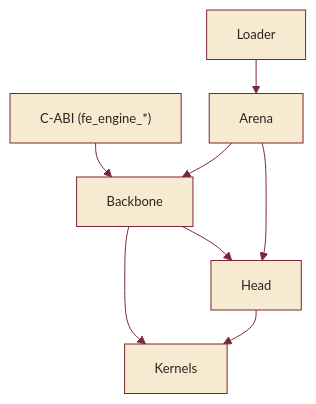
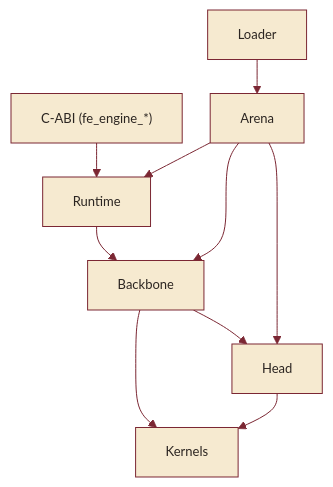
Before and after one commit to elprofesoriqo/FlowEdge: the first of 3 diagrams in docs/architecture/overview.md, drawn with Mermaid. The commit also changed other lines of this file and 10 other files, not shown here.

````diff
--- a/docs/architecture/overview.md
+++ b/docs/architecture/overview.md
@@ -7,12 +7,14 @@
 ```{mermaid}
 %%{init: {'theme':'base','flowchart':{'htmlLabels':false,'nodeSpacing':28,'rankSpacing':34,'useMaxWidth':false},'themeVariables':{'primaryColor':'#f6ead0','primaryBorderColor':'#7b2733','lineColor':'#7b2733','primaryTextColor':'#2b2521','secondaryColor':'#eaddbf','tertiaryColor':'#faf3e2','fontFamily':'system-ui, -apple-system, Segoe UI, Roboto, sans-serif','fontSize':'13px'}}}%%
 graph TD
   API["C-ABI (fe_engine_*)"]
-  API --> BB[Backbone]
+  API --> RT[Runtime]
+  RT --> BB[Backbone]
   BB --> HD[Head]
   BB --> KER["Kernels"]
   HD --> KER
   LD[Loader] --> AR[Arena]
+  AR --> RT
   AR --> BB
   AR --> HD
 ```
````
